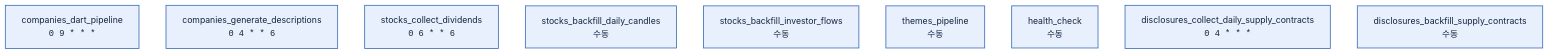
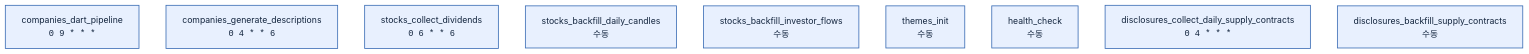
The diagram in dags/README.md (swmaestro-3back/finngraph-etl), drawn with Mermaid before and after one commit. The commit also changed other lines of this file and 9 other files, not shown here.

````diff
--- a/dags/README.md
+++ b/dags/README.md
@@ -73,15 +73,15 @@
 ```mermaid
 flowchart TB
     CDP["companies_dart_pipeline<br/><code>0 9 * * *</code>"]
     CGD["companies_generate_descriptions<br/><code>0 4 * * 6</code>"]
     SCD["stocks_collect_dividends<br/><code>0 6 * * 6</code>"]
     SBD["stocks_backfill_daily_candles<br/>수동"]
     SBI["stocks_backfill_investor_flows<br/>수동"]
-    TR["themes_pipeline<br/>수동"]
+    TR["themes_init<br/>수동"]
     HC["health_check<br/>수동"]
     DCD["disclosures_collect_daily_supply_contracts<br/><code>0 4 * * *</code>"]
     DBF["disclosures_backfill_supply_contracts<br/>수동"]
 
     classDef cron fill:#e8f0fe,stroke:#3b6db5,stroke-width:1.5px,color:#12243d
     class CDP,CGD,SCD,SBD,SBI,TR,HC,DCD,DBF cron
 ```
````
